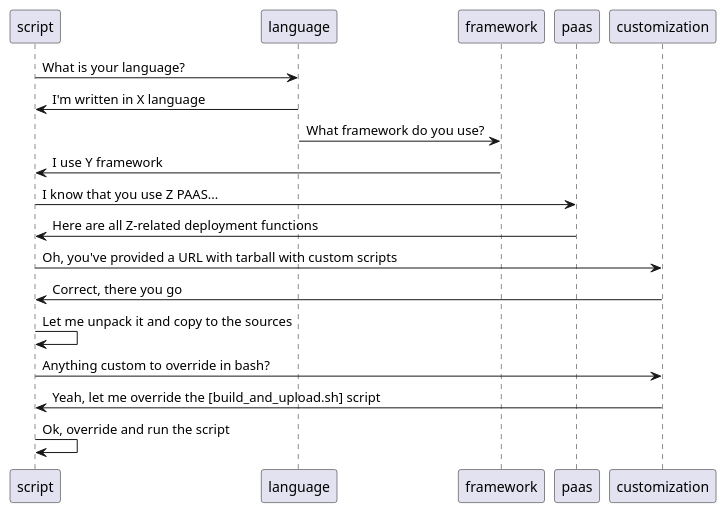
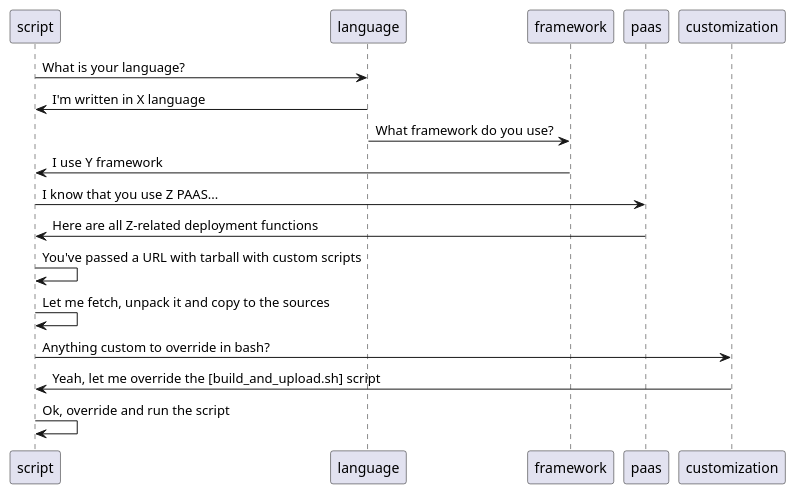
Before and after one commit to spring-attic/cloudpipelines-scripts: the second of 2 diagrams in docs-sources/src/main/asciidoc/INTRO.adoc, drawn with PlantUML. The commit also changed other lines of this file and 3 other files, not shown here.

```diff
--- a/docs-sources/src/main/asciidoc/INTRO.adoc
+++ b/docs-sources/src/main/asciidoc/INTRO.adoc
@@ -378,15 +377,14 @@
 [plantuml, sourcing, png]
 ----
 script->language: What is your language?
 language->script: I'm written in X language
 language->framework: What framework do you use?
 framework->script: I use Y framework
 script->paas: I know that you use Z PAAS...
 paas->script: Here are all Z-related deployment functions
-script->customization: Oh, you've provided a URL with tarball with custom scripts
-customization->script: Correct, there you go
-script->script: Let me unpack it and copy to the sources
+script->script: You've passed a URL with tarball with custom scripts
+script->script: Let me fetch, unpack it and copy to the sources
 script->customization: Anything custom to override in bash?
 customization->script: Yeah, let me override the [build_and_upload.sh] script
 script->script: Ok, override and run the script
 ----
```
